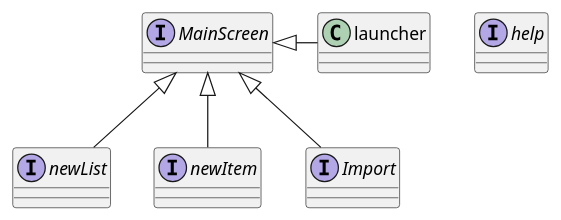
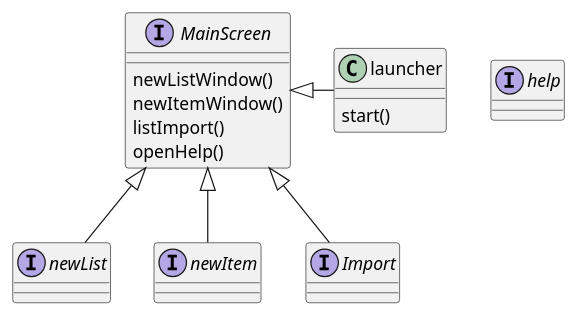
Before and after one commit to Dlarosag/LaRosa-cop3330-assignment4part2: the diagram in uml/GUI.puml, drawn with PlantUML. The commit also changed 7 other files, not shown here.

```diff
--- a/uml/GUI.puml
+++ b/uml/GUI.puml
@@ -1,18 +1,32 @@
 @startuml
 'https://plantuml.com/sequence-diagram
 
 interface MainScreen
 interface newList
 interface newItem
 interface help
 interface Import
 class launcher
 
 MainScreen <|- launcher
 MainScreen <|-- newList
 MainScreen <|-- newItem
 
 MainScreen <|-- Import
 
+class launcher{
+
+start()
+}
+
+interface MainScreen{
+
+newListWindow()
+newItemWindow()
+listImport()
+openHelp()
+
+}
+
 
 @enduml
```
